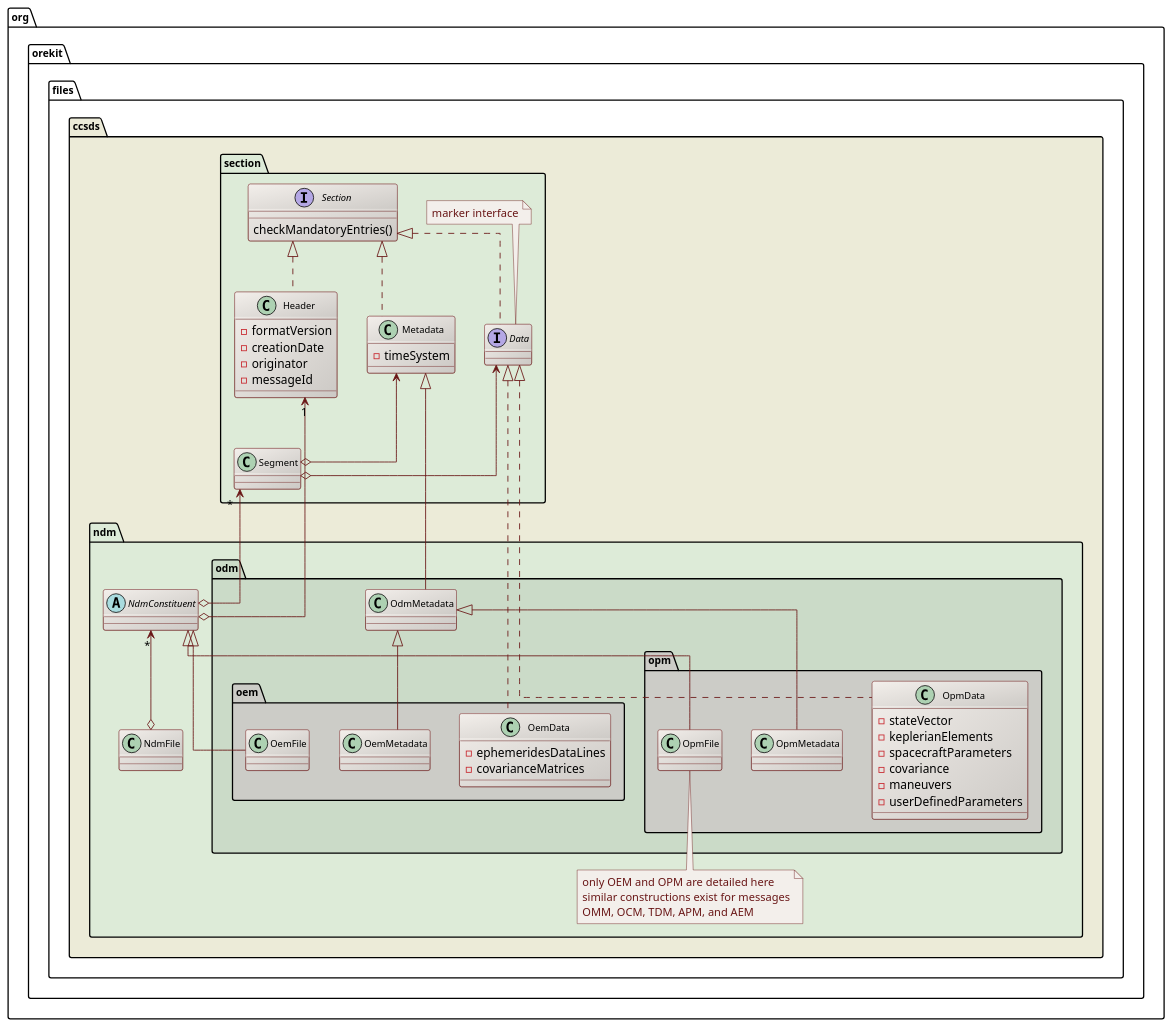
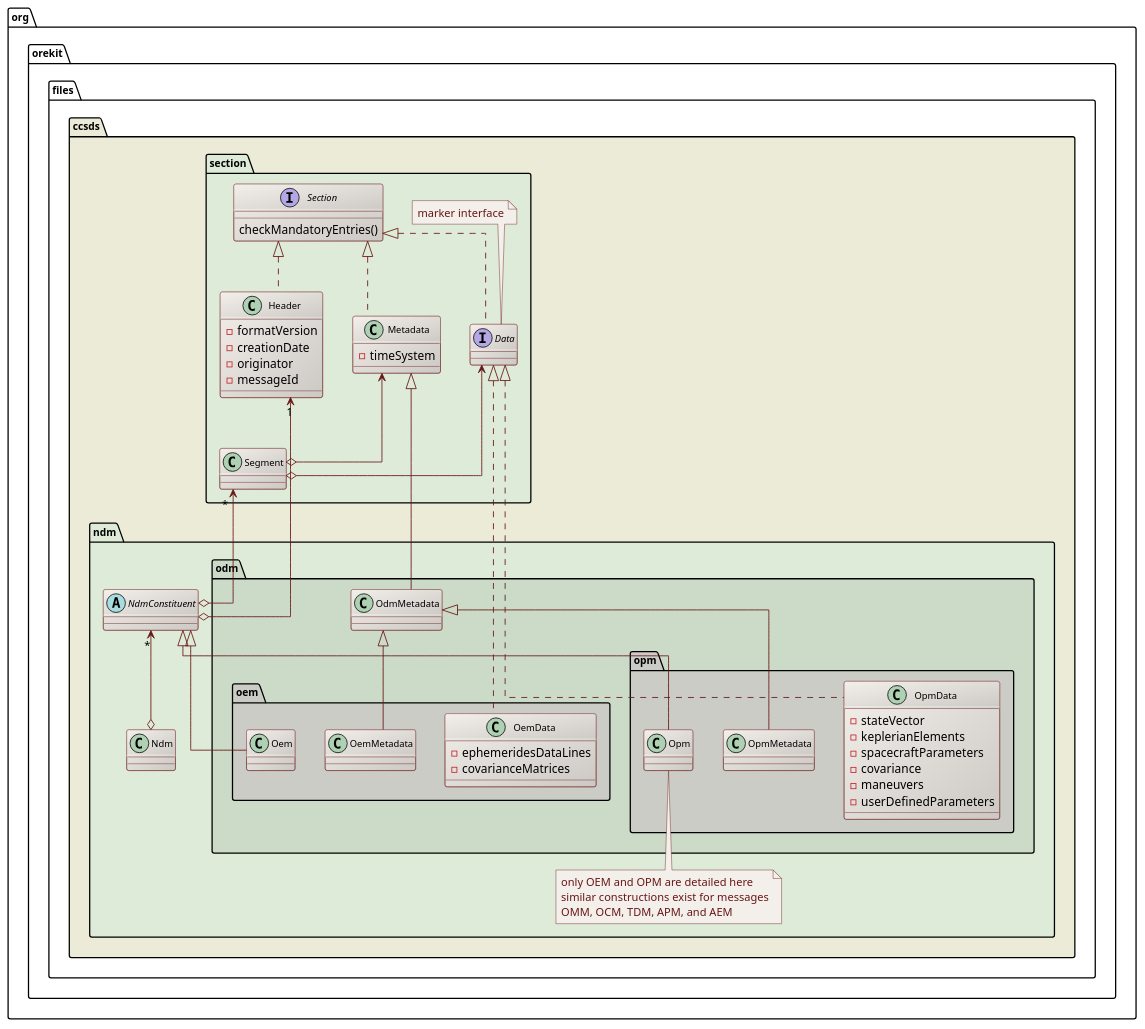
Before and after one commit to CS-SI/Orekit: the diagram in src/design/ccsds-structure-class-diagram.puml, drawn with PlantUML. The commit also changed 105 other files, not shown here.

```diff
--- a/src/design/ccsds-structure-class-diagram.puml
+++ b/src/design/ccsds-structure-class-diagram.puml
@@ -17,92 +17,92 @@
 @startuml
 
   skinparam svek                  true
   skinparam ClassBackgroundColor  #F3EFEB/CCC9C5
   skinparam ClassArrowColor       #691616
   skinparam ClassBorderColor      #691616
   skinparam NoteBackgroundColor   #F3EFEB
   skinparam NoteBorderColor       #691616
   skinparam NoteFontColor         #691616
   skinparam ClassFontSize         11
   skinparam PackageFontSize       12
   skinparam linetype              ortho
 
   package org.orekit.files.ccsds #ECEBD8 {
 
     package section #DDEBD8 {
       interface Section {
         checkMandatoryEntries()
       }
       class Header {
        -formatVersion
        -creationDate
        -originator
        -messageId
       }
       class Metadata {
         -timeSystem
       }
       interface Data
       note top
       marker interface
       end note
       class Segment
       Section  <|.. Header
       Section  <|.. Metadata
       Section  <|.. Data
       Metadata <--o Segment
       Data     <--o Segment
     }
 
     package ndm #DDEBD8 {
 
       package odm #CBDBC8 {
 
         class OdmMetadata
         Metadata <|-- OdmMetadata
 
         package oem #CCCCC7 {
           class OemData {
             -ephemeridesDataLines
             -covarianceMatrices
           }
           class OemMetadata
-          class OemFile
+          class Oem
           Data <|.. OemData
           OdmMetadata <|-- OemMetadata
         }
 
         package opm #CCCCC7 {
           class OpmMetadata
           class OpmData {
             - stateVector
             - keplerianElements
             - spacecraftParameters
             - covariance
             - maneuvers
             - userDefinedParameters
           }
-          class OpmFile
+          class Opm
           OdmMetadata <|-- OpmMetadata
           Data <|.. OpmData
          }
 
       }
       note bottom
         only OEM and OPM are detailed here
         similar constructions exist for messages
         OMM, OCM, TDM, APM, and AEM
       end note
 
       abstract class NdmConstituent
-      class NdmFile
+      class Ndm
 
-      NdmConstituent <|-- OemFile
-      NdmConstituent <|-- OpmFile
+      NdmConstituent <|-- Oem
+      NdmConstituent <|-- Opm
       Header  "1" <--o NdmConstituent
       Segment "*" <--o NdmConstituent
-      NdmConstituent "*" <--o NdmFile
+      NdmConstituent "*" <--o Ndm
 
     }
   }
 @enduml
```
